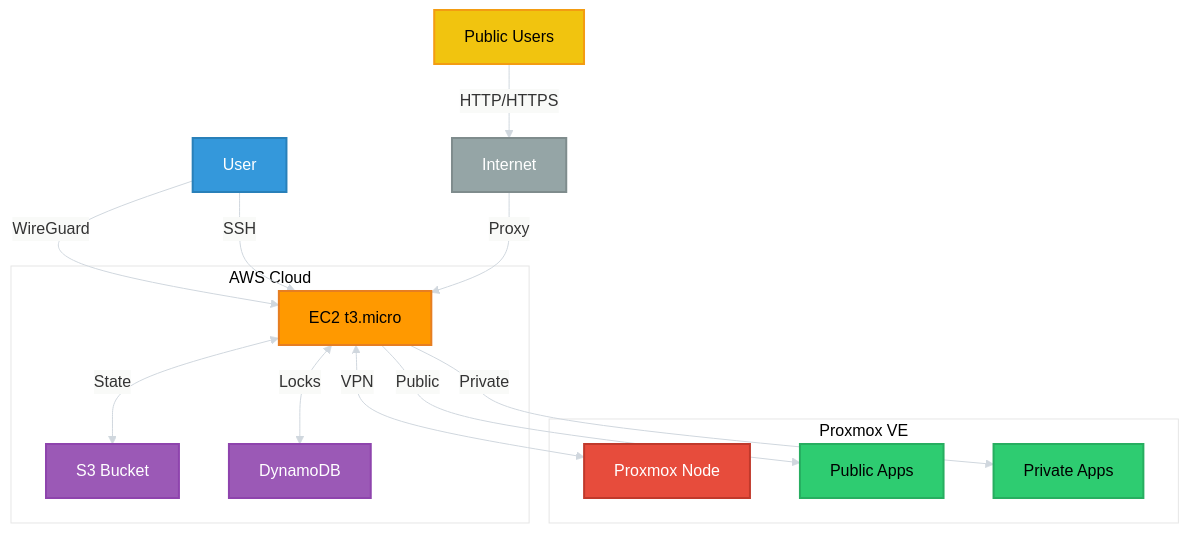
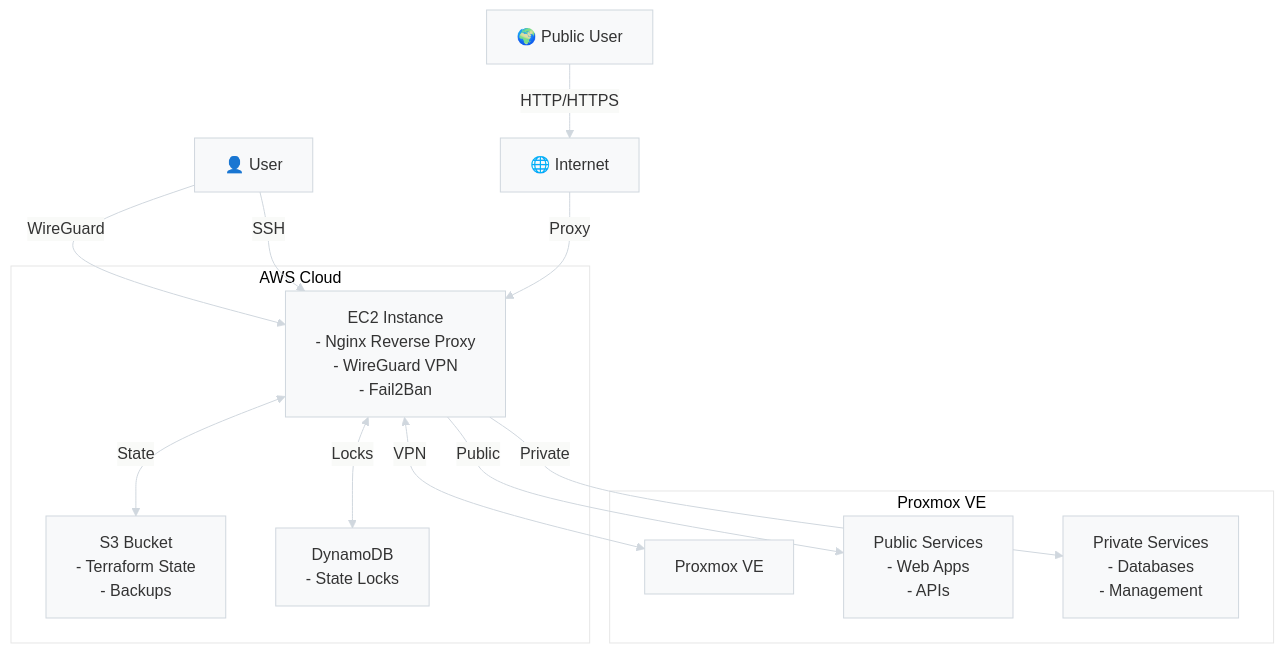
Before and after one commit to aaronreynoza/infra-core: the first of 3 diagrams in README.md, drawn with Mermaid. The commit also changed other lines of this file, not shown here.

````diff
--- a/README.md
+++ b/README.md
@@ -41,69 +41,61 @@
 ```mermaid
 %%{init: {
     'theme': 'base',
     'themeVariables': {
         'background': 'transparent',
         'primaryColor': '#f8f9fa',
         'primaryText': '#24292f',
         'primaryBorderColor': '#d0d7de',
         'lineColor': '#d0d7de',
         'darkmode': {
             'background': 'transparent',
             'primaryColor': '#21262d',
             'primaryText': '#c9d1d9',
             'primaryBorderColor': '#30363d',
             'lineColor': '#30363d'
         }
     }
 }}%%
 
 graph TD
     %% Styling
-    classDef aws fill:#ff9900,color:#000,stroke:#e67e22,stroke-width:2px
-    classDef proxmox fill:#e74c3c,color:#fff,stroke:#c0392b,stroke-width:2px
-    classDef storage fill:#9b59b6,color:#fff,stroke:#8e44ad,stroke-width:2px
-    classDef service fill:#2ecc71,color:#000,stroke:#27ae60,stroke-width:2px
-    classDef user fill:#3498db,color:#fff,stroke:#2980b9,stroke-width:2px
-    classDef public fill:#f1c40f,color:#000,stroke:#f39c12,stroke-width:2px
-    classDef internet fill:#95a5a6,color:#fff,stroke:#7f8c8d,stroke-width:2px
-
-    %% Nodes
-    User[User]:::user
-    Public[Public Users]:::public
-    Internet[Internet]:::internet
-    EC2[EC2 t3.micro]:::aws
-    S3[S3 Bucket]:::storage
-    DB[DynamoDB]:::storage
-    PVE[Proxmox Node]:::proxmox
-    PublicApp[Public Apps]:::service
-    PrivateApp[Private Apps]:::service
     
-    %% AWS Group
+    %% Define nodes with simplified styling
+    User["👤 User"]
+    Public["🌍 Public User"]
+    Internet["🌐 Internet"]
+    EC2["EC2 Instance\n- Nginx Reverse Proxy\n- WireGuard VPN\n- Fail2Ban"]
+    PVE["Proxmox VE"]
+    PublicApp["Public Services\n- Web Apps\n- APIs"]
+    PrivateApp["Private Services\n- Databases\n- Management"]
+    S3["S3 Bucket\n- Terraform State\n- Backups"]
+    DB["DynamoDB\n- State Locks"]
+    
+    %% Groupings with solid background
     subgraph AWS[AWS Cloud]
         EC2
         S3
         DB
     end
     
-    %% Proxmox Group
     subgraph Proxmox[Proxmox VE]
         PVE
         PublicApp
         PrivateApp
     end
     
     %% Connections
     User -->|WireGuard| EC2
     User -->|SSH| EC2
     Public -->|HTTP/HTTPS| Internet
     Internet -->|Proxy| EC2
     EC2 <-->|VPN| PVE
     EC2 -->|Public| PublicApp
     EC2 -->|Private| PrivateApp
     EC2 <-->|State| S3
     EC2 <-->|Locks| DB
     
-    %% Apply styles to groups
-    class AWS fill-opacity:0.1,stroke-dasharray:5,stroke:#ff9900
-    class Proxmox fill-opacity:0.1,stroke-dasharray:5,stroke:#e74c3c
+    %% Style groups with solid backgrounds
+    class AWS fill:#fff3e0,stroke:#ff9900,stroke-width:2px
+    class Proxmox fill:#ffebee,stroke:#e74c3c,stroke-width:2px
 ```
````
